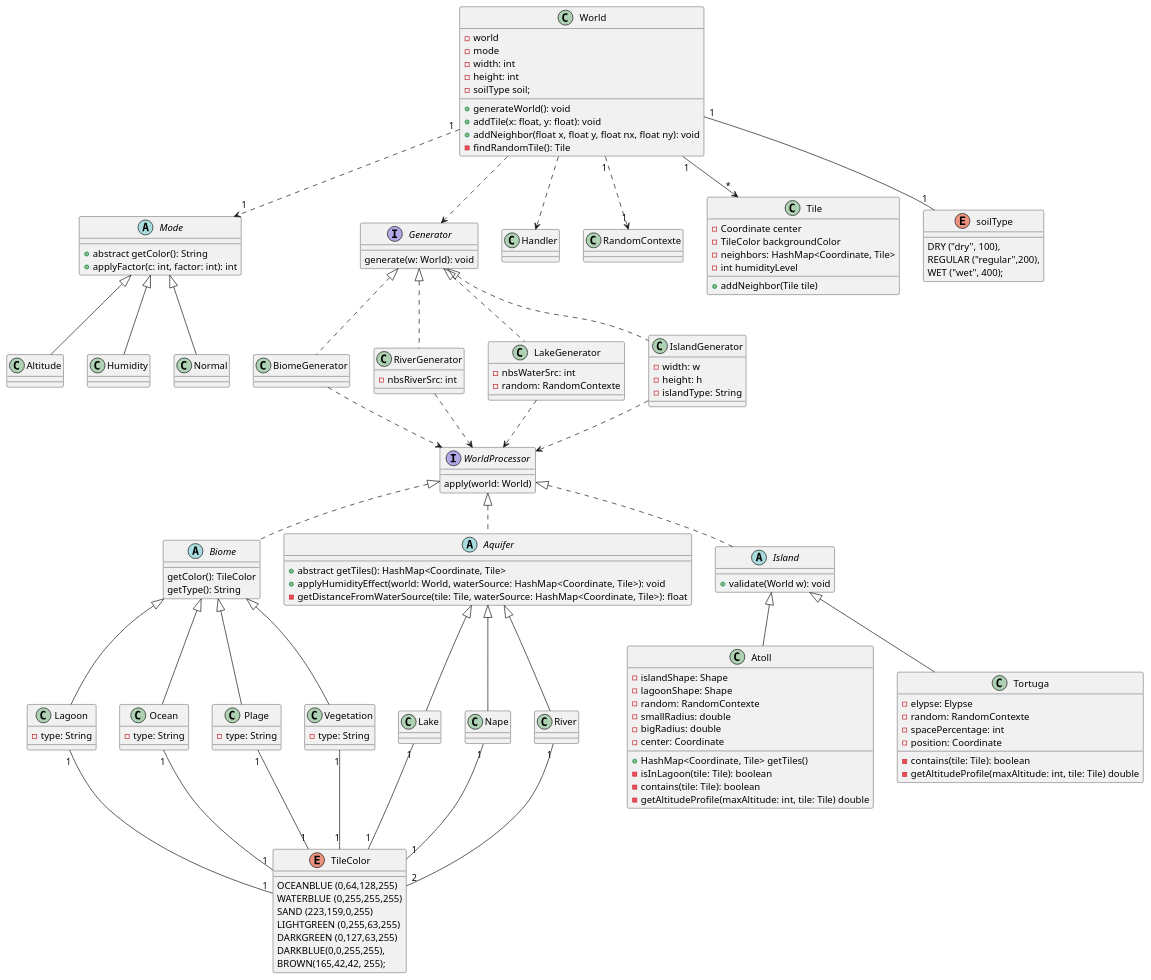
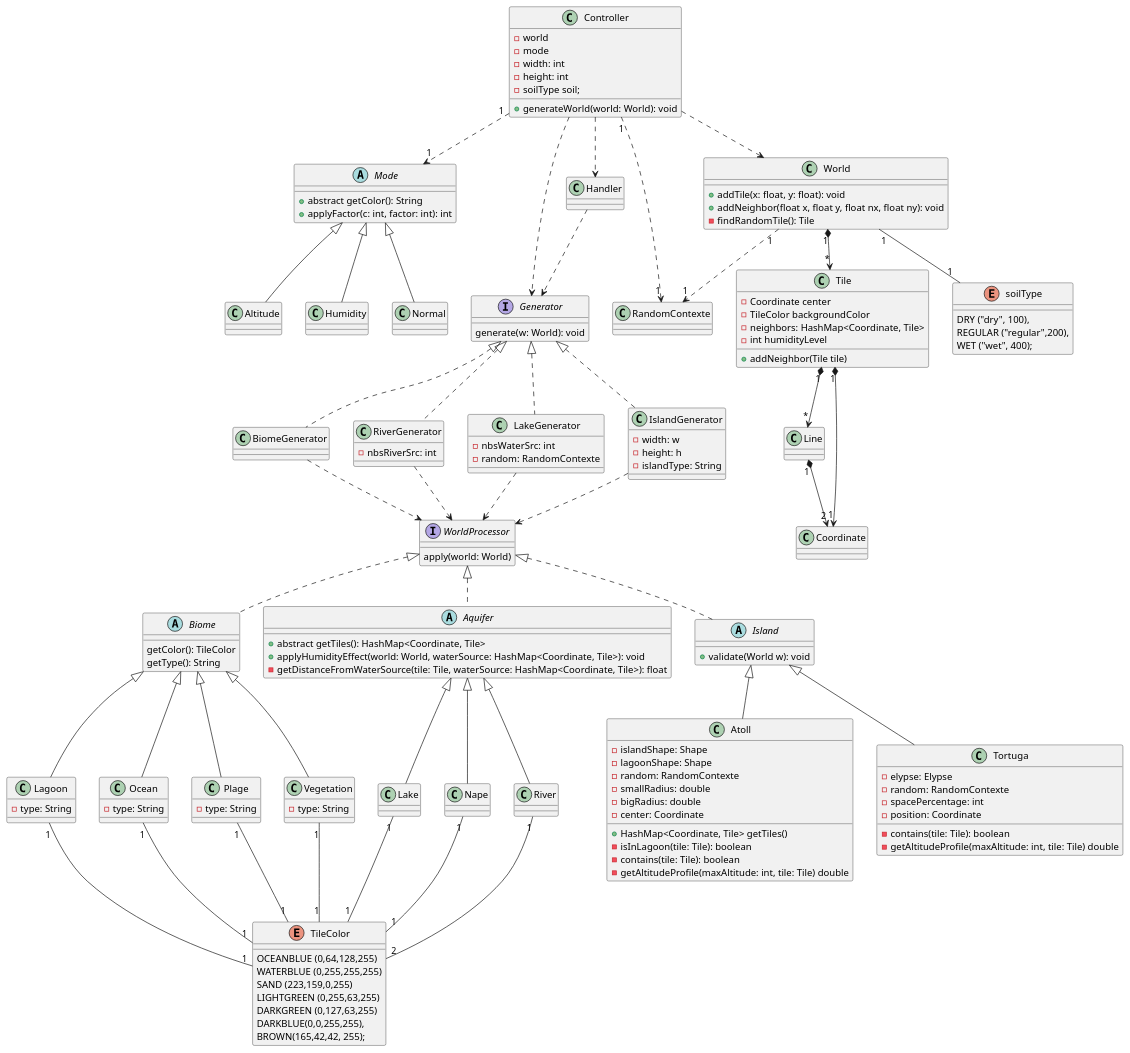
Before and after one commit to cryptoswarm/terrain-generator: the diagram in diagrammeDeClasse_map.puml, drawn with PlantUML. The commit also changed 14 other files, not shown here.

```diff
--- a/diagrammeDeClasse_map.puml
+++ b/diagrammeDeClasse_map.puml
@@ -1,13 +1,16 @@
 @startuml
-
-class World {
+class Controller {
     - world
     - mode
     - width: int
     - height: int
     - soilType soil;
 
-    + generateWorld(): void
+    + generateWorld(world: World): void
+
+}
+
+class World {
     + addTile(x: float, y: float): void
     + addNeighbor(float x, float y, float nx, float ny): void
     - findRandomTile(): Tile
@@ -139,6 +142,8 @@
 Humidity -up-|> Mode
 Normal -up-|> Mode
 
+''' World component '''
+
 Class Tile{
     - Coordinate center
     - TileColor backgroundColor
@@ -146,6 +151,20 @@
     - int humidityLevel
     + addNeighbor(Tile tile)
 }
+
+Class Line {
+
+}
+
+Class Coordinate {
+
+}
+
+Tile "1" *--> "*" Line
+Tile "1" *--> "1" Coordinate
+
+Line "1" *--> "2" Coordinate
+''' Enum '''
 
 Enum TileColor{
     OCEANBLUE (0,64,128,255)
@@ -163,12 +182,19 @@
     WET ("wet", 400);
 }
 
-World "1" --> "*" Tile
-World ..> Generator
-World ..> Handler
+Controller ..> World
+Controller ..> Generator
+Controller ..> Handler
+Controller "1" ..> "1" RandomContexte
+Controller "1" ..> "1" Mode
+
+
+World "1" *--> "*" Tile
 World "1" -- "1" soilType
 World "1" ..> "1" RandomContexte
-World "1" ..> "1" Mode
+
+Handler ..> Generator
+
 
 Biome .up.|> WorldProcessor
 Island .up.|> WorldProcessor
```
